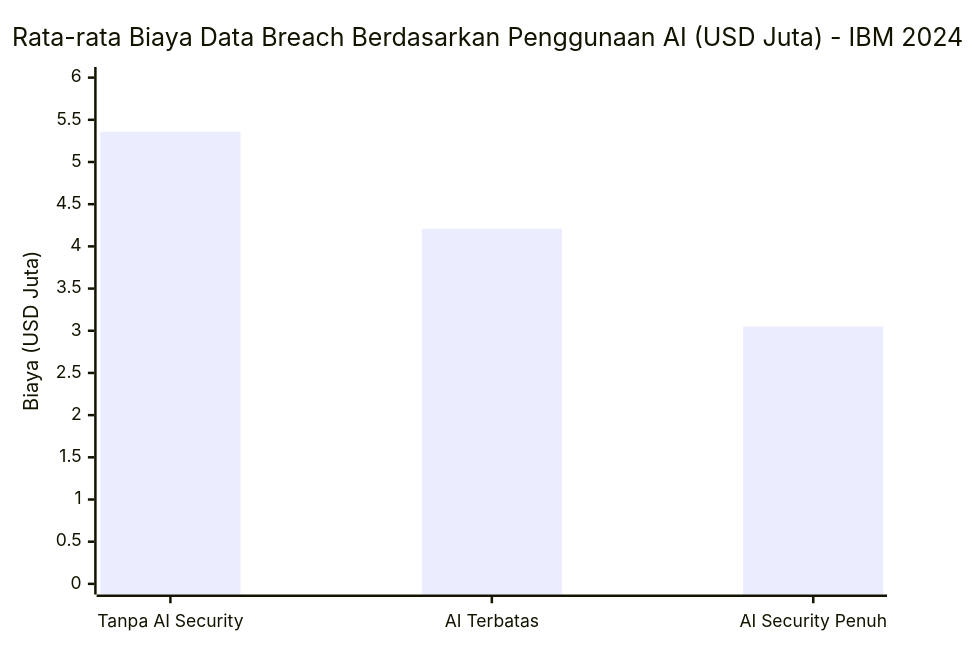
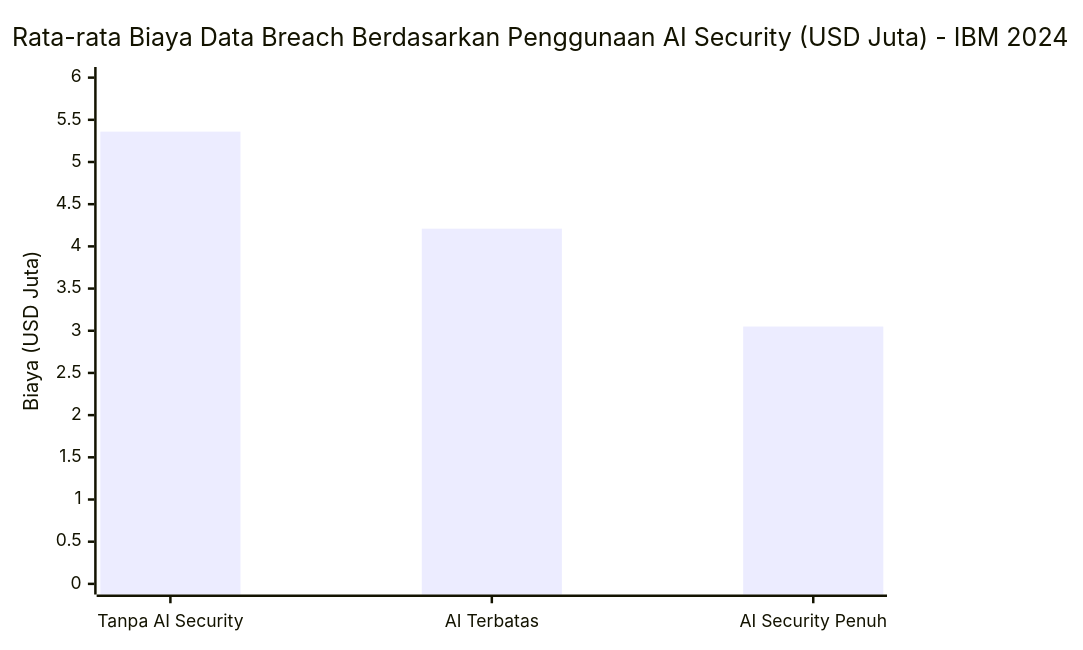
One commit to rahardjo-glenvio/CyberAtlas changed the second of 2 diagrams in explore/ai-security/ai-dalam-cybersecurity.md. Above: the diagram before and after it, drawn with Mermaid. The commit also changed other lines of this file and 2 other files, not shown here.

Commit message:
Blend statistics naturally into AI security articles

````diff
--- a/explore/ai-security/ai-dalam-cybersecurity.md
+++ b/explore/ai-security/ai-dalam-cybersecurity.md
@@ -204,7 +78,7 @@
 ```mermaid
 xychart-beta
-    title "Rata-rata Biaya Data Breach Berdasarkan Penggunaan AI (USD Juta) - IBM 2024"
+    title "Rata-rata Biaya Data Breach Berdasarkan Penggunaan AI Security (USD Juta) - IBM 2024"
     x-axis ["Tanpa AI Security", "AI Terbatas", "AI Security Penuh"]
     y-axis "Biaya (USD Juta)" 0 --> 6
     bar [5.36, 4.21, 3.05]
 ```
````
